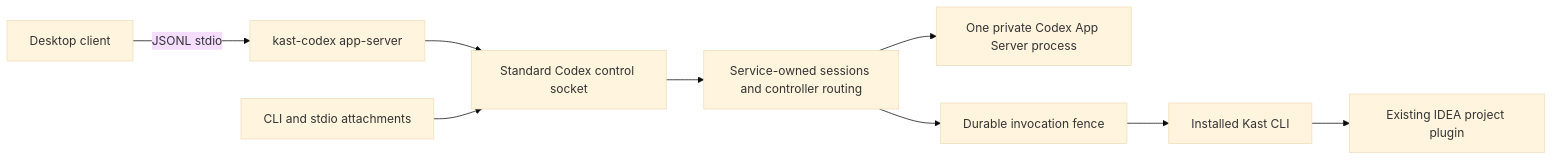
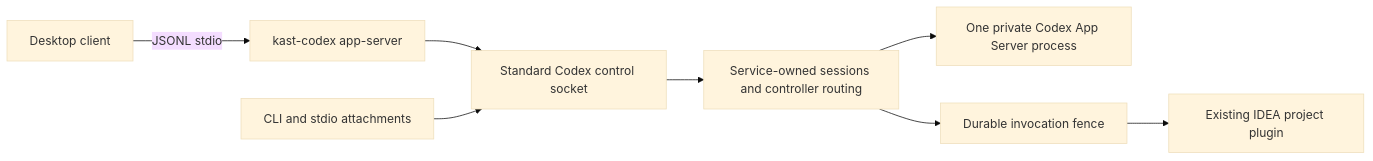
Before and after one commit to amichne/kast: the diagram in app-server/README.md, drawn with Mermaid (base theme). The commit also changed other lines of this file and 21 other files, not shown here.

````diff
--- a/app-server/README.md
+++ b/app-server/README.md
@@ -102,11 +127,10 @@
 ```mermaid
 flowchart LR
   Desktop[Desktop client] -->|JSONL stdio| Facade[kast-codex app-server]
   Facade --> Public[Standard Codex control socket]
   CLI[CLI and stdio attachments] --> Public
   Public --> Hub[Service-owned sessions and controller routing]
   Hub --> Upstream[One private Codex App Server process]
   Hub --> Fence[Durable invocation fence]
-  Fence --> Kast[Installed Kast CLI]
-  Kast --> Workspace[Existing IDEA project plugin]
+  Fence --> Workspace[Existing IDEA project plugin]
 ```
````
